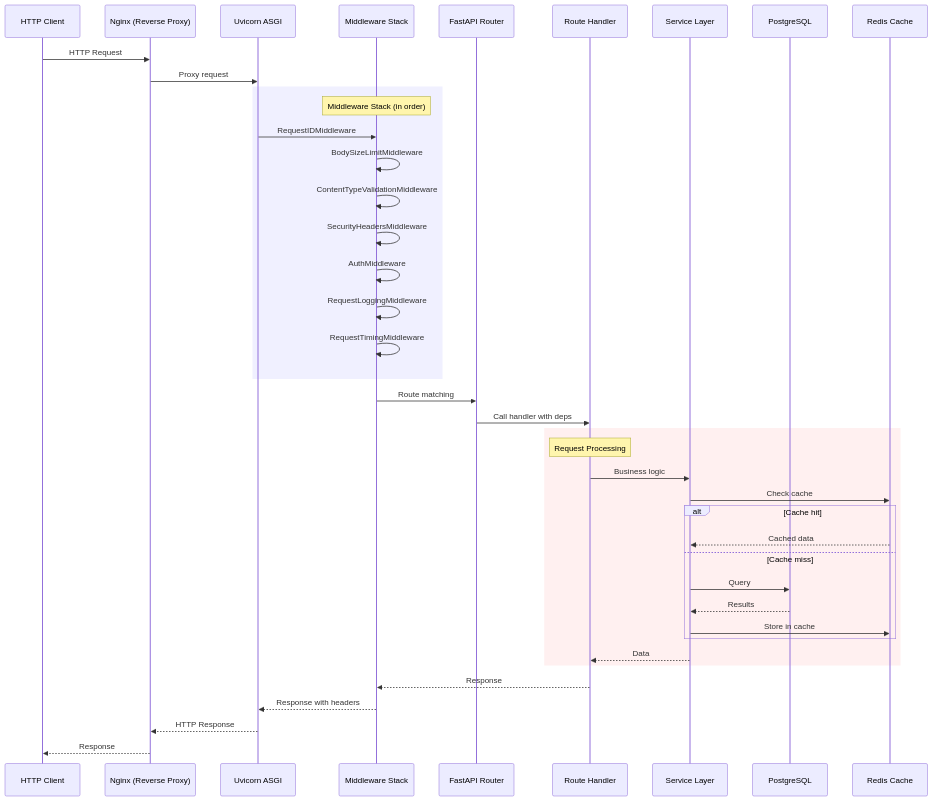
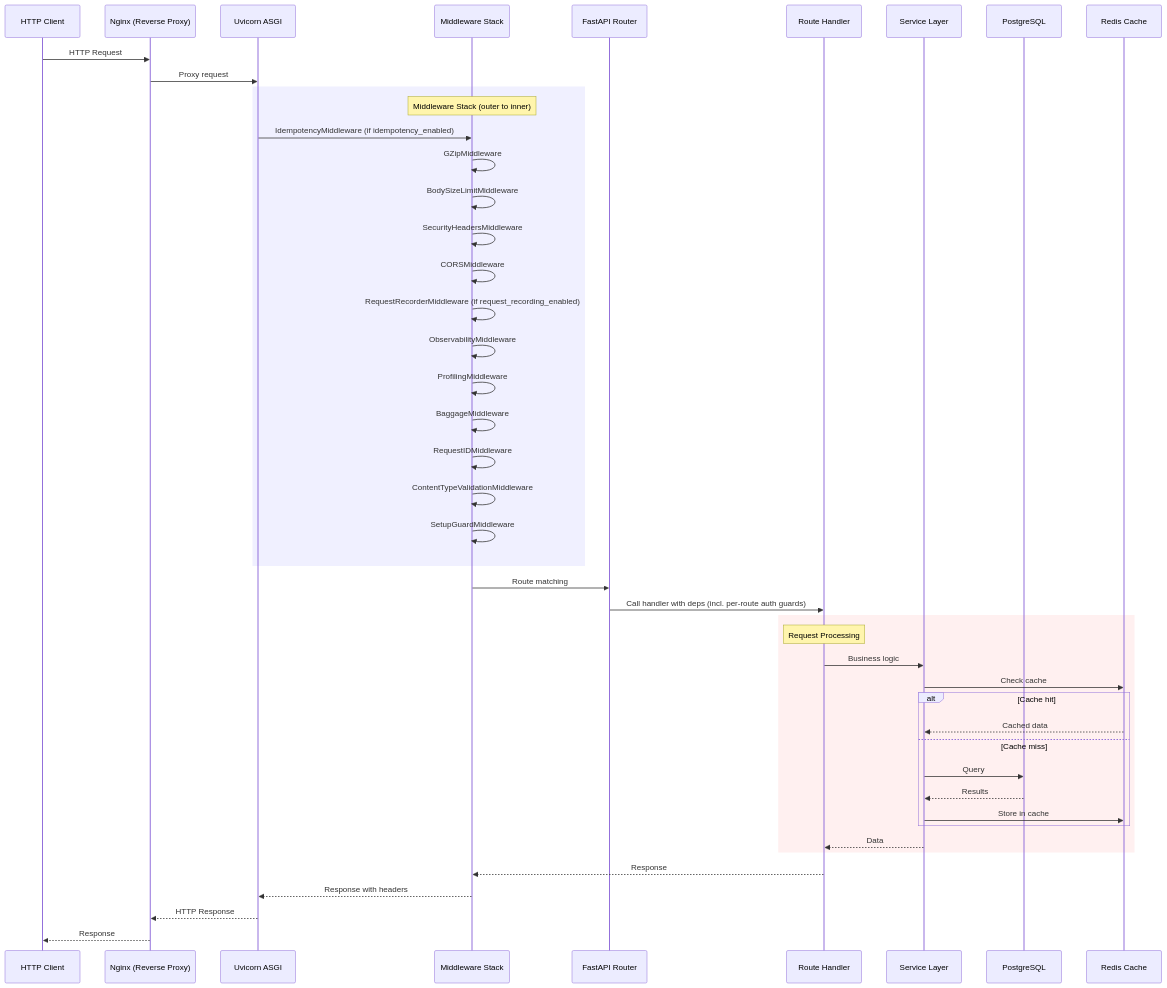
The first of 3 diagrams in docs/architecture/dataflows/api-request-flow.md (mikesvoboda/nemotron-v3-home-security-intelligence), drawn with Mermaid before and after one commit. The commit also changed other lines of this file and 26 other files, not shown here.

````diff
--- a/docs/architecture/dataflows/api-request-flow.md
+++ b/docs/architecture/dataflows/api-request-flow.md
@@ -9,48 +9,53 @@
 ```mermaid
 sequenceDiagram
     participant Client as HTTP Client
     participant Nginx as Nginx (Reverse Proxy)
     participant Uvicorn as Uvicorn ASGI
     participant MW as Middleware Stack
     participant Router as FastAPI Router
     participant Handler as Route Handler
     participant Service as Service Layer
     participant DB as PostgreSQL
     participant Cache as Redis Cache
 
     Client->>Nginx: HTTP Request
     Nginx->>Uvicorn: Proxy request
 
     rect rgb(240, 240, 255)
-        Note over MW: Middleware Stack (in order)
-        Uvicorn->>MW: RequestIDMiddleware
+        Note over MW: Middleware Stack (outer to inner)
+        Uvicorn->>MW: IdempotencyMiddleware (if idempotency_enabled)
+        MW->>MW: GZipMiddleware
         MW->>MW: BodySizeLimitMiddleware
+        MW->>MW: SecurityHeadersMiddleware
+        MW->>MW: CORSMiddleware
+        MW->>MW: RequestRecorderMiddleware (if request_recording_enabled)
+        MW->>MW: ObservabilityMiddleware
+        MW->>MW: ProfilingMiddleware
+        MW->>MW: BaggageMiddleware
+        MW->>MW: RequestIDMiddleware
         MW->>MW: ContentTypeValidationMiddleware
-        MW->>MW: SecurityHeadersMiddleware
-        MW->>MW: AuthMiddleware
-        MW->>MW: RequestLoggingMiddleware
-        MW->>MW: RequestTimingMiddleware
+        MW->>MW: SetupGuardMiddleware
     end
 
     MW->>Router: Route matching
-    Router->>Handler: Call handler with deps
+    Router->>Handler: Call handler with deps (incl. per-route auth guards)
 
     rect rgb(255, 240, 240)
         Note over Handler: Request Processing
         Handler->>Service: Business logic
         Service->>Cache: Check cache
         alt Cache hit
             Cache-->>Service: Cached data
         else Cache miss
             Service->>DB: Query
             DB-->>Service: Results
             Service->>Cache: Store in cache
         end
         Service-->>Handler: Data
     end
 
     Handler-->>MW: Response
     MW-->>Uvicorn: Response with headers
     Uvicorn-->>Nginx: HTTP Response
     Nginx-->>Client: Response
 ```
````
